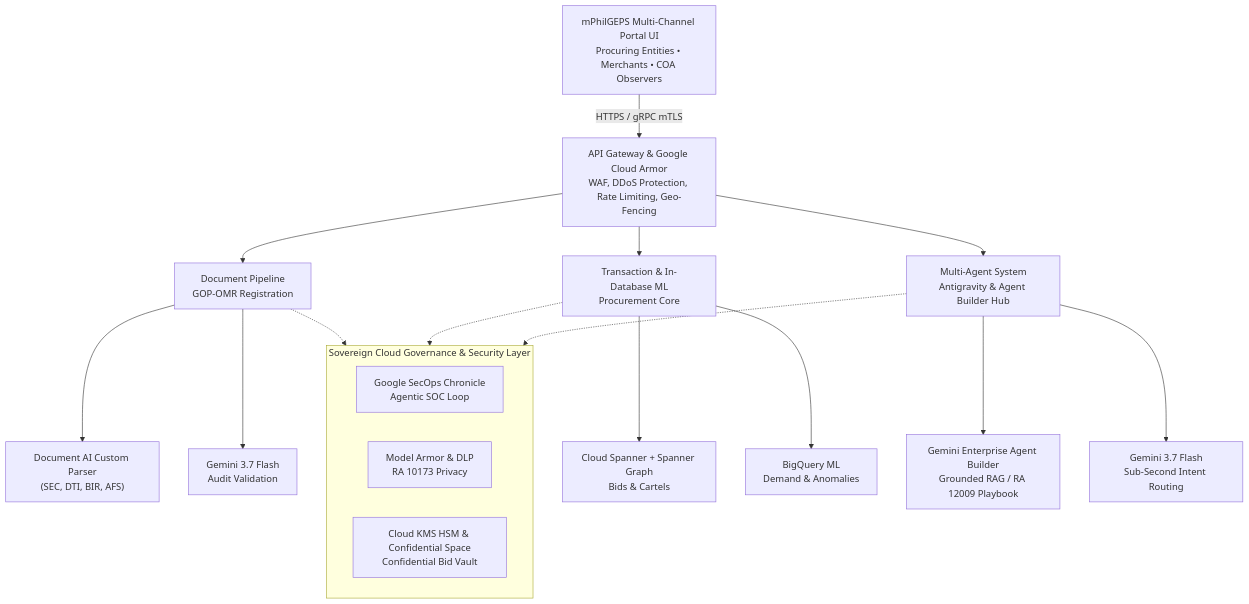
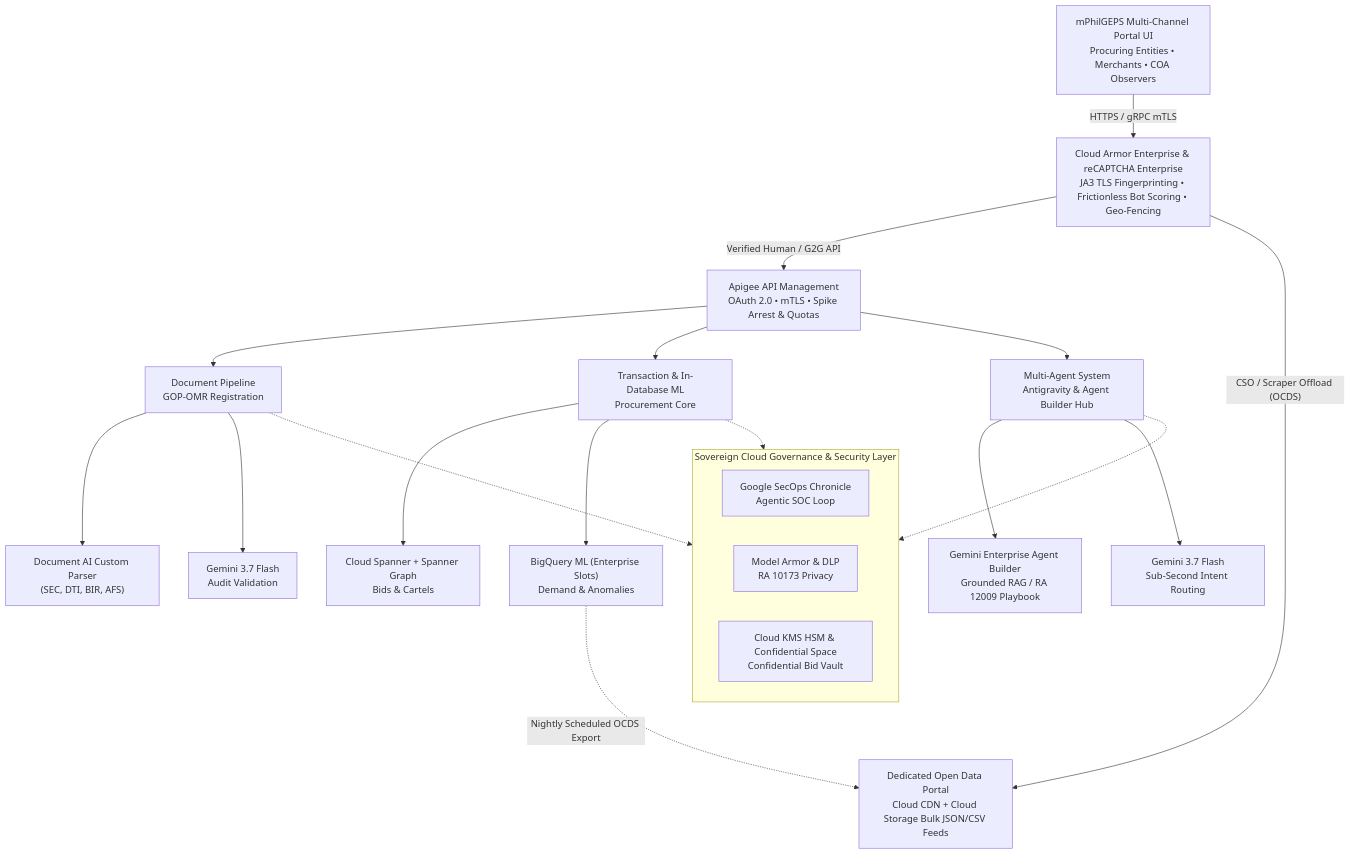
One commit to markea/psdbm-philgeps-2026 changed the diagram in mPhilGEPS_GoogleCloud_BRD.md. Above: the diagram before and after it, drawn with Mermaid. The commit also changed other lines of this file and 5 other files, not shown here.

Commit message:
feat(security): align BRD, TDD, Plan & BOM with 4-tier anti-scraping defense (Cloud Armor JA3, reCAPTCHA Enterprise, OCDS Open Data offload)

````diff
--- a/mPhilGEPS_GoogleCloud_BRD.md
+++ b/mPhilGEPS_GoogleCloud_BRD.md
@@ -70,27 +70,31 @@
 ```mermaid
 graph TD
-    UI["mPhilGEPS Multi-Channel Portal UI<br/>Procuring Entities • Merchants • COA Observers"] -->|"HTTPS / gRPC mTLS"| GW["API Gateway & Google Cloud Armor<br/>WAF, DDoS Protection, Rate Limiting, Geo-Fencing"]
+    UI["mPhilGEPS Multi-Channel Portal UI<br/>Procuring Entities • Merchants • COA Observers"] -->|"HTTPS / gRPC mTLS"| EdgeWAF["Cloud Armor Enterprise & reCAPTCHA Enterprise<br/>JA3 TLS Fingerprinting • Frictionless Bot Scoring • Geo-Fencing"]
+    
+    EdgeWAF -->|"Verified Human / G2G API"| GW["Apigee API Management<br/>OAuth 2.0 • mTLS • Spike Arrest & Quotas"]
+    EdgeWAF -->|"CSO / Scraper Offload (OCDS)"| OpenData["Dedicated Open Data Portal<br/>Cloud CDN + Cloud Storage Bulk JSON/CSV Feeds"]
     
     GW --> DocPipe["Document Pipeline<br/>GOP-OMR Registration"]
     GW --> TxPipe["Transaction & In-Database ML<br/>Procurement Core"]
     GW --> MASPipe["Multi-Agent System<br/>Antigravity & Agent Builder Hub"]
     
     DocPipe --> DocAI["Document AI Custom Parser<br/>(SEC, DTI, BIR, AFS)"]
     DocPipe --> GemFlash1["Gemini 3.7 Flash<br/>Audit Validation"]
     
     TxPipe --> SpannerGraph["Cloud Spanner + Spanner Graph<br/>Bids & Cartels"]
-    TxPipe --> BQML["BigQuery ML<br/>Demand & Anomalies"]
+    TxPipe --> BQML["BigQuery ML (Enterprise Slots)<br/>Demand & Anomalies"]
+    BQML -.->|"Nightly Scheduled OCDS Export"| OpenData
     
     MASPipe --> AgentBuilder["Gemini Enterprise Agent Builder<br/>Grounded RAG / RA 12009 Playbook"]
     MASPipe --> GemFlash2["Gemini 3.7 Flash<br/>Sub-Second Intent Routing"]
     
     subgraph Sovereign_Governance ["Sovereign Cloud Governance & Security Layer"]
         SecOps["Google SecOps Chronicle<br/>Agentic SOC Loop"]
         ModelArmor["Model Armor & DLP<br/>RA 10173 Privacy"]
         BidVault["Cloud KMS HSM & Confidential Space<br/>Confidential Bid Vault"]
     end
     
     DocPipe -.-> Sovereign_Governance
     TxPipe -.-> Sovereign_Governance
     MASPipe -.-> Sovereign_Governance
 ```
````
